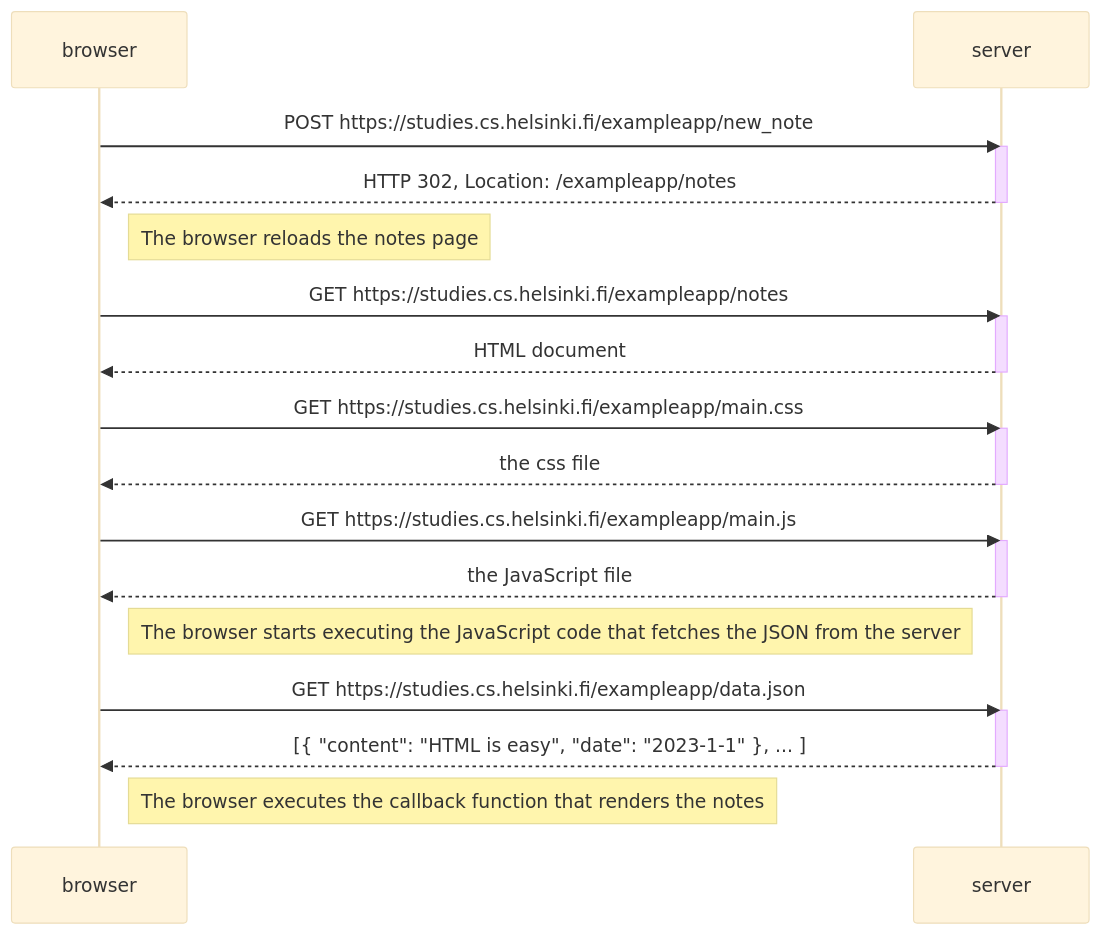
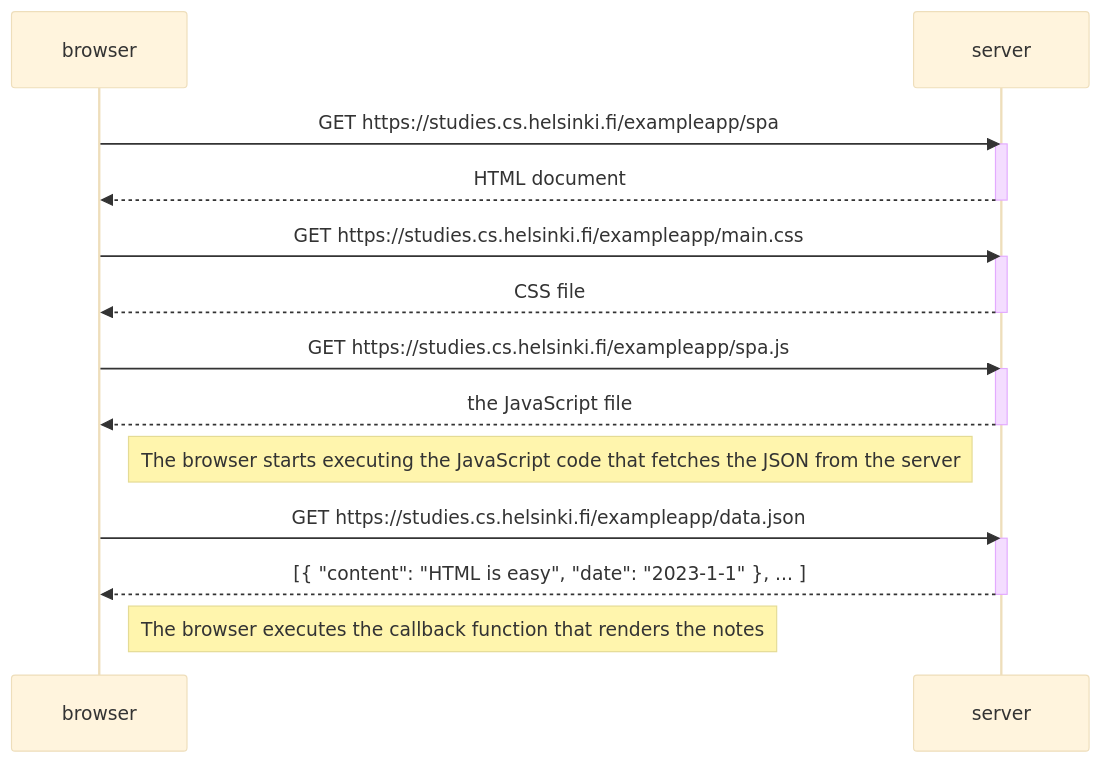
The diagram in part0/0.5-diagram.md (min-mpsa/Full-Stack-Open), drawn with Mermaid (base theme) before and after one commit.

Commit message:
Finished 0.5-diagram.md

````diff
--- a/part0/0.5-diagram.md
+++ b/part0/0.5-diagram.md
@@ -1,38 +1,31 @@
 ```mermaid
 
 sequenceDiagram
     participant browser
     participant server
-
-    browser->>server: POST https://studies.cs.helsinki.fi/exampleapp/new_note
-    activate server
-    server-->>browser: HTTP 302, Location: /exampleapp/notes
-    deactivate server
     
-    Note right of browser: The browser reloads the notes page
-
-    browser->>server: GET https://studies.cs.helsinki.fi/exampleapp/notes
+    browser->>server: GET https://studies.cs.helsinki.fi/exampleapp/spa
     activate server
     server-->>browser: HTML document
     deactivate server
 
     browser->>server: GET https://studies.cs.helsinki.fi/exampleapp/main.css
     activate server
-    server-->>browser: the css file
+    server-->>browser: CSS file
     deactivate server
 
-    browser->>server: GET https://studies.cs.helsinki.fi/exampleapp/main.js
+    browser->>server: GET https://studies.cs.helsinki.fi/exampleapp/spa.js
     activate server
     server-->>browser: the JavaScript file
     deactivate server
 
     Note right of browser: The browser starts executing the JavaScript code that fetches the JSON from the server
 
     browser->>server: GET https://studies.cs.helsinki.fi/exampleapp/data.json
     activate server
     server-->>browser: [{ "content": "HTML is easy", "date": "2023-1-1" }, ... ]
     deactivate server
 
     Note right of browser: The browser executes the callback function that renders the notes
 
 ```
````
